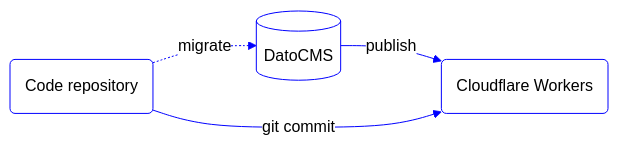
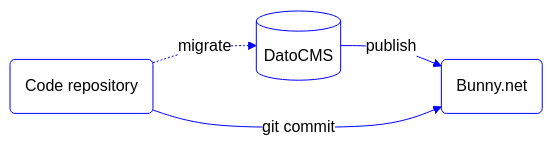
The diagram in README.md (voorhoede/head-start), drawn with Mermaid before and after one commit. The commit also changed other lines of this file and 37 other files, not shown here.

First line of the commit message:
feat!: host on bunny.net instead of cloudflare workers

````diff
--- a/README.md
+++ b/README.md
@@ -35,29 +35,29 @@
 ```mermaid
 %%{
     init: {
         'theme': 'base',
         'themeVariables': {
             'edgeLabelBackground': '#FFFFFF',
             'lineColor': '#0000FF',
             'mainBkg': '#FFFFFF',
             'primaryBorderColor': '#0000FF',
             'primaryTextColor': '#000000',
             'tertiaryColor': '#FFFED9'
         }
     }
 }%%
 
 flowchart LR
     Repository(Code repository)
 
 
         CMS[(DatoCMS)]
-        Hosting(Cloudflare Workers)
+        Hosting(Bunny.net)
         CMS -- publish --> Hosting
 
     Repository -- git commit --> Hosting
 
     Repository -. migrate .-> CMS
 
 %% you can edit this diagram via https://mermaid.live/edit
 ```
````
